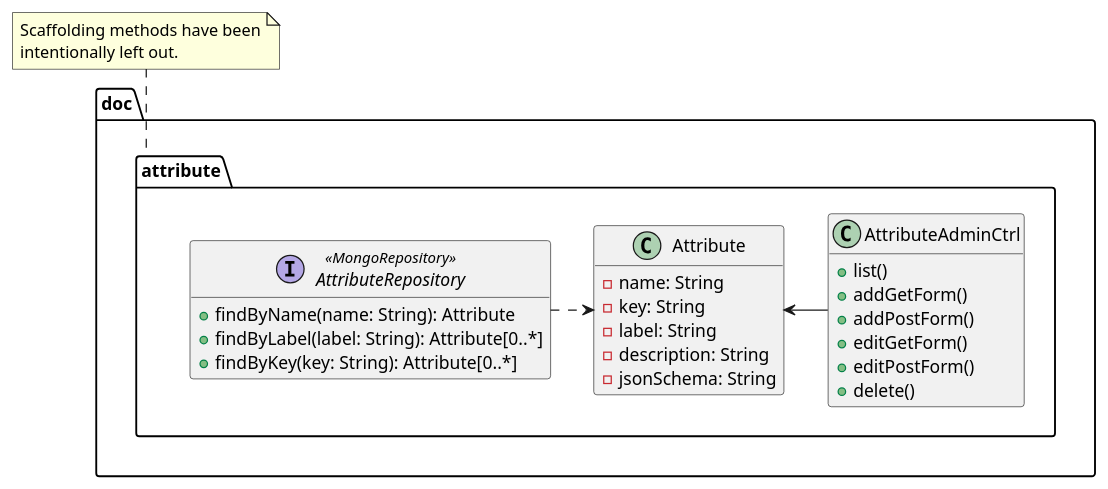
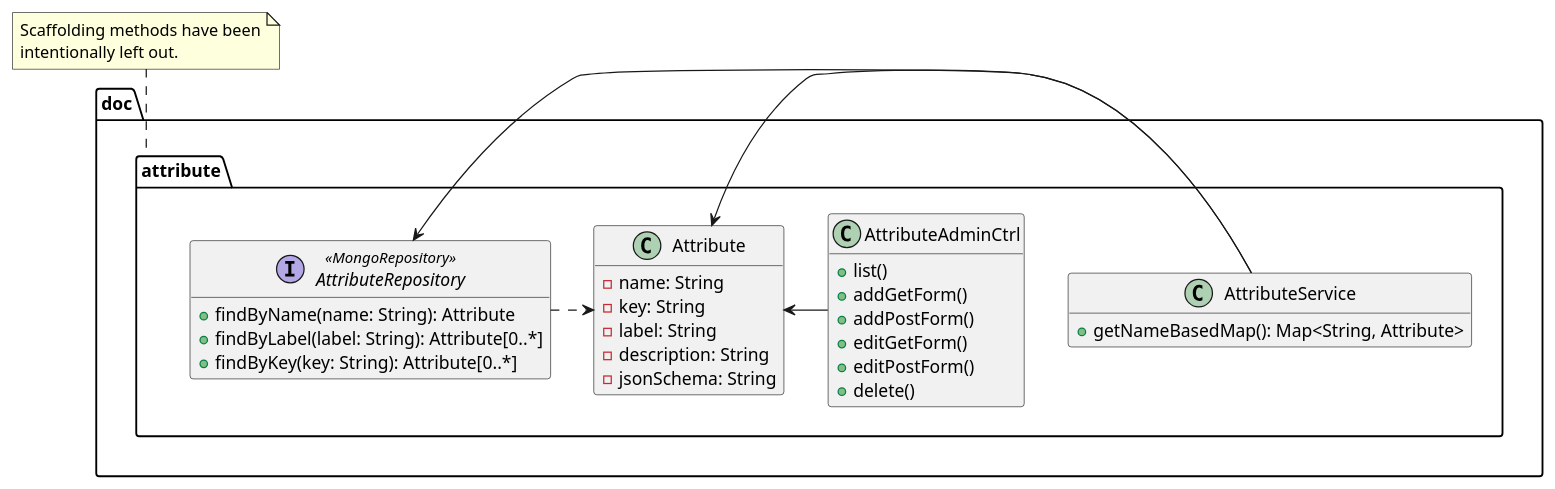
One commit to peerpub/peerpub changed the diagram in doc/uml/doc/attribute.md. Above: the diagram before and after it, drawn with PlantUML. The commit also changed 1 other file, not shown here.

Commit message:
Update UML documentation for doc.doctype and doc.attribute.

````diff
--- a/doc/uml/doc/attribute.md
+++ b/doc/uml/doc/attribute.md
@@ -1,37 +1,43 @@
 ```plantuml
 @startuml
 package doc.attribute {
   hide empty methods
   hide empty attribute
 
   class Attribute {
     -name: String
     -key: String
     -label: String
     -description: String
     -jsonSchema: String
   }
 
   AttributeRepository .> Attribute
   interface AttributeRepository <<MongoRepository>> {
     +findByName(name: String): Attribute
     +findByLabel(label: String): Attribute[0..*]
     +findByKey(key: String): Attribute[0..*]
   }
 
+  Attribute <- AttributeService
+  AttributeRepository <- AttributeService
+  class AttributeService {
+    +getNameBasedMap(): Map<String, Attribute>
+  }
+
   Attribute <- AttributeAdminCtrl
   class AttributeAdminCtrl {
     +list()
     +addGetForm()
     +addPostForm()
     +editGetForm()
     +editPostForm()
     +delete()
   }
 }
 note top of doc.attribute
 Scaffolding methods have been
 intentionally left out.
 end note
 @enduml
 ```
````
